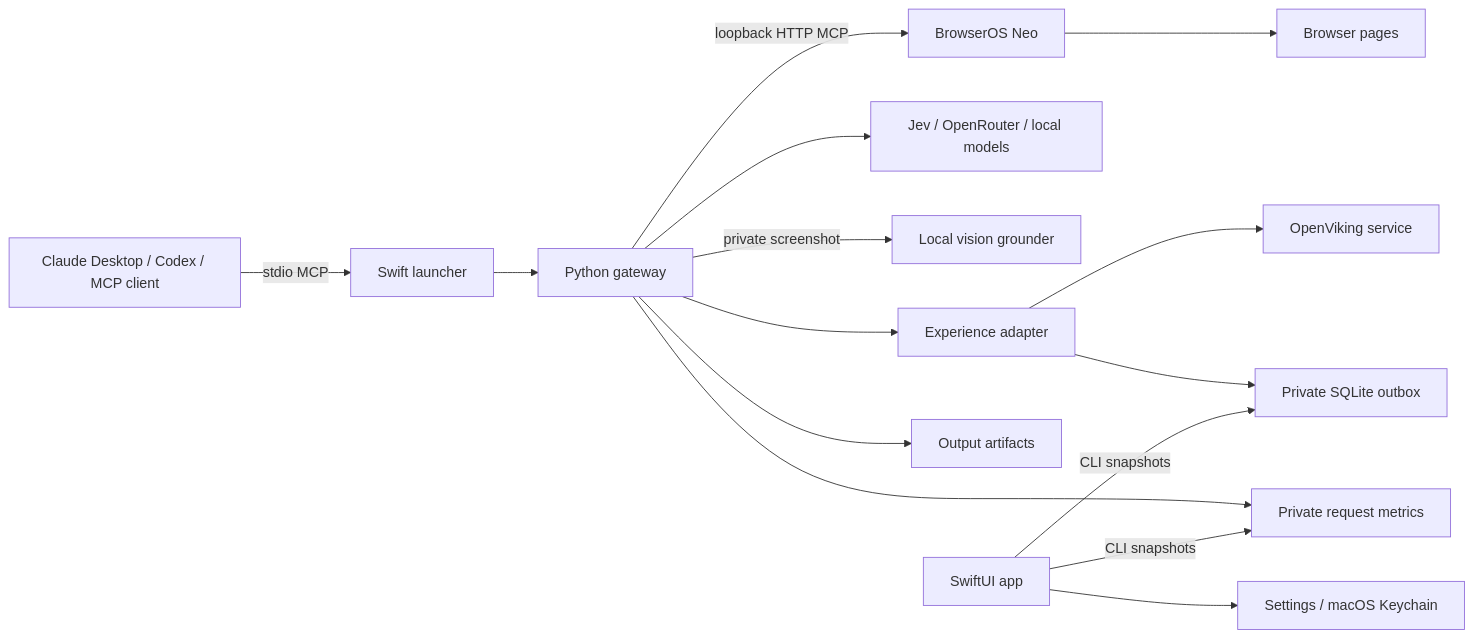
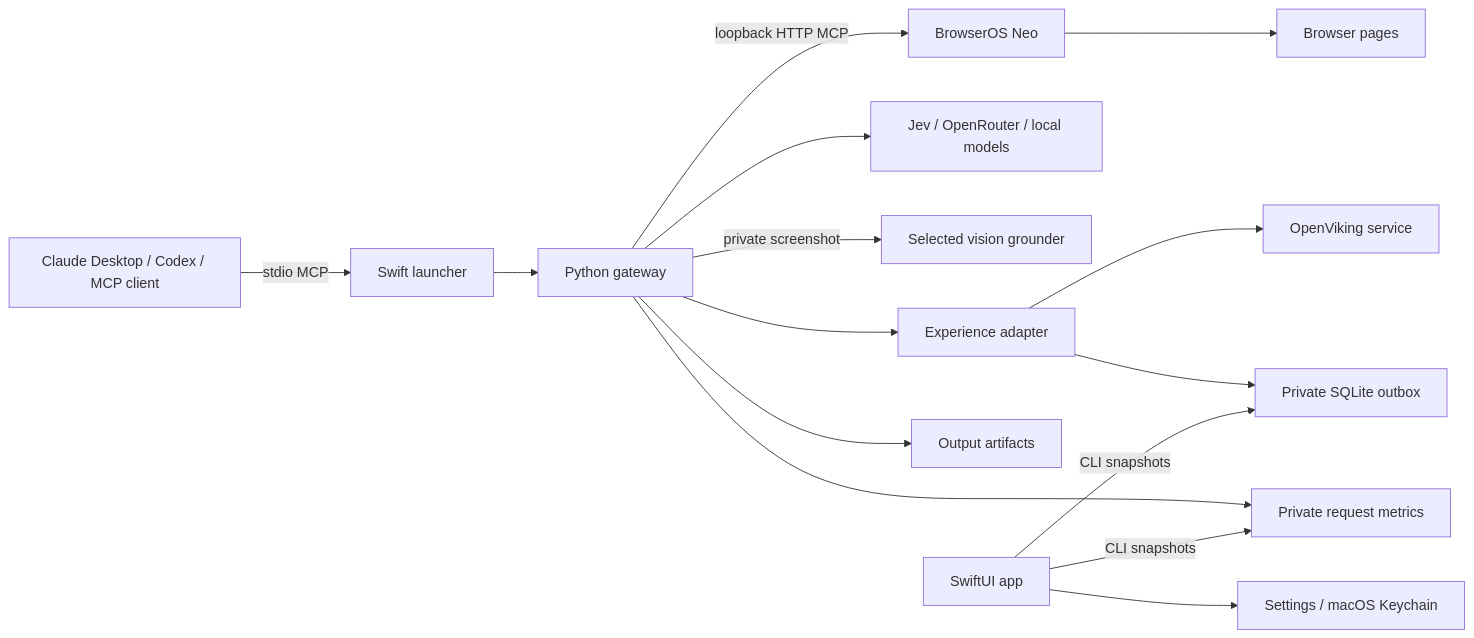
Before and after one commit to RaDeleon/BrowserHelm: the diagram in README.md, drawn with Mermaid. The commit also changed other lines of this file and 17 other files, not shown here.

````diff
--- a/README.md
+++ b/README.md
@@ -35,17 +35,17 @@
 ```mermaid
 flowchart LR
     Client[Claude Desktop / Codex / MCP client] -->|stdio MCP| Launcher[Swift launcher]
     Launcher --> Engine[Python gateway]
     Engine -->|loopback HTTP MCP| Neo[BrowserOS Neo]
     Neo --> Pages[Browser pages]
     Engine --> Providers[Jev / OpenRouter / local models]
-    Engine -->|private screenshot| Vision[Local vision grounder]
+    Engine -->|private screenshot| Vision[Selected vision grounder]
     Engine --> Memory[Experience adapter]
     Memory --> Viking[OpenViking service]
     Memory --> Outbox[Private SQLite outbox]
     Engine --> Metrics[Private request metrics]
     Engine --> Artifacts[Output artifacts]
     UI[SwiftUI app] -->|CLI snapshots| Metrics
     UI -->|CLI snapshots| Outbox
     UI --> Settings[Settings / macOS Keychain]
 ```
````
